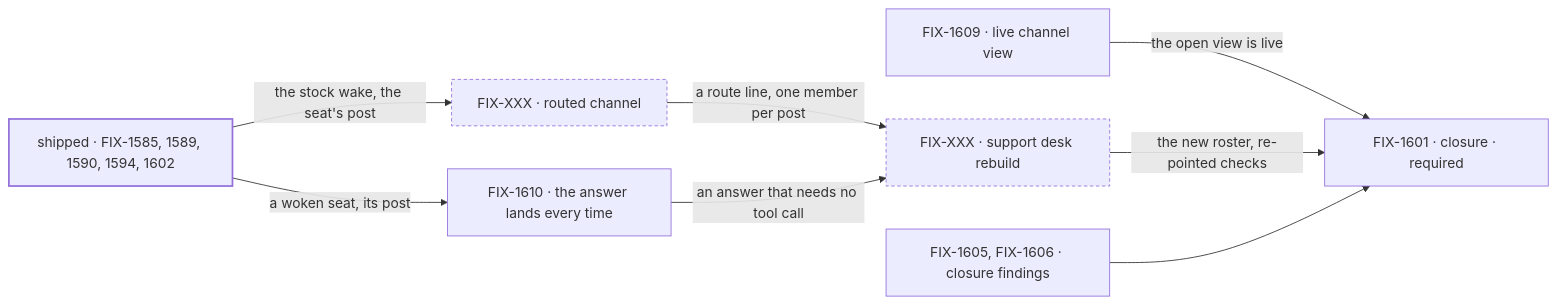
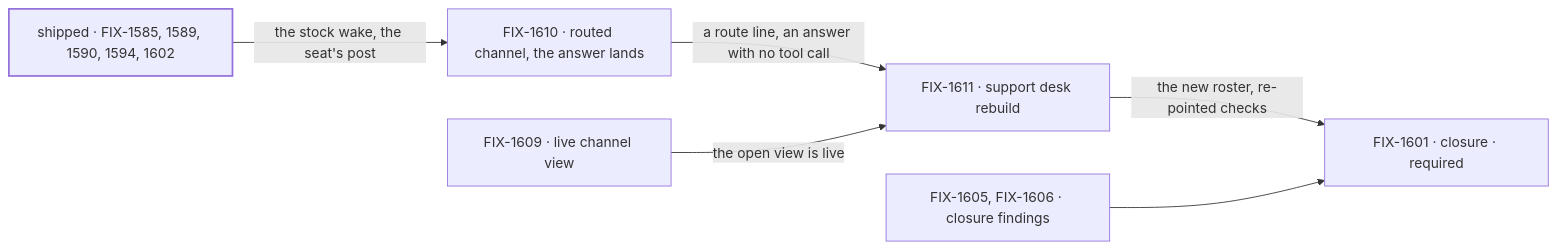
The second of 2 diagrams in specs/epics/FIX-1592/SPEC.md (fixpoint-labs/flow-state-dev), drawn with Mermaid before and after one commit. The commit also changed other lines of this file and 8 other files, not shown here.

First line of the commit message:
spec(FIX-1592): fold the routed channel into FIX-1610; FIX-1611 is the rebuild

````diff
--- a/specs/epics/FIX-1592/SPEC.md
+++ b/specs/epics/FIX-1592/SPEC.md
@@ -103,14 +103,10 @@
 ```mermaid
 flowchart LR
-  S["shipped · FIX-1585, 1589, 1590, 1594, 1602"] -->|"the stock wake, the seat's post"| R["FIX-XXX · routed channel"]
-  S -->|"a woken seat, its post"| T["FIX-1610 · the answer lands every time"]
-  R -->|"a route line, one member per post"| K["FIX-XXX · support desk rebuild"]
-  T -->|"an answer that needs no tool call"| K
-  L["FIX-1609 · live channel view"] -->|"the open view is live"| Z["FIX-1601 · closure · required"]
-  K -->|"the new roster, re-pointed checks"| Z
+  S["shipped · FIX-1585, 1589, 1590, 1594, 1602"] -->|"the stock wake, the seat's post"| T["FIX-1610 · routed channel, the answer lands"]
+  T -->|"a route line, an answer with no tool call"| K["FIX-1611 · support desk rebuild"]
+  L["FIX-1609 · live channel view"] -->|"the open view is live"| K
+  K -->|"the new roster, re-pointed checks"| Z["FIX-1601 · closure · required"]
   B["FIX-1605, FIX-1606 · closure findings"] --> Z
   classDef done stroke-width:2px
-  classDef proposed stroke-dasharray:4 3
   class S done
-  class R,K proposed
 ```
````
